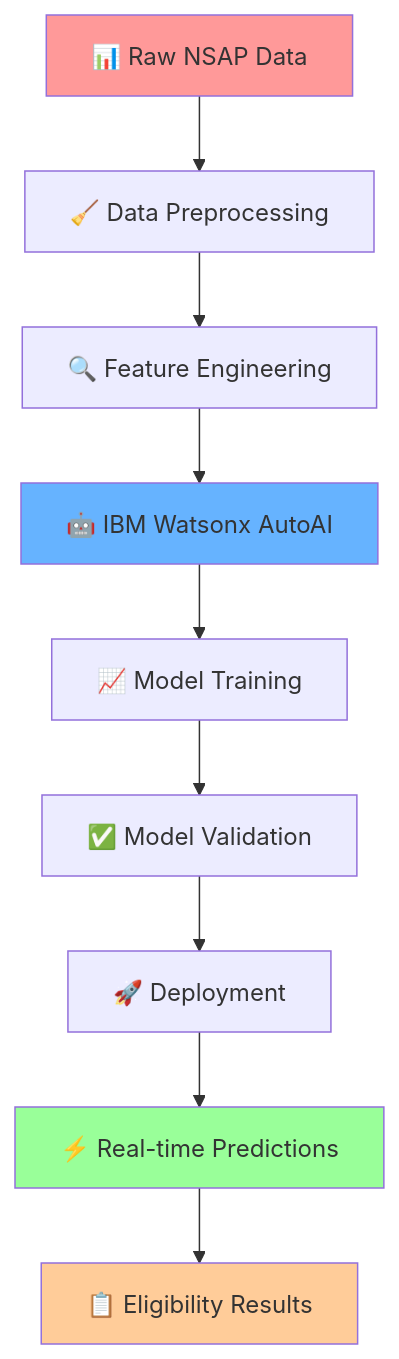
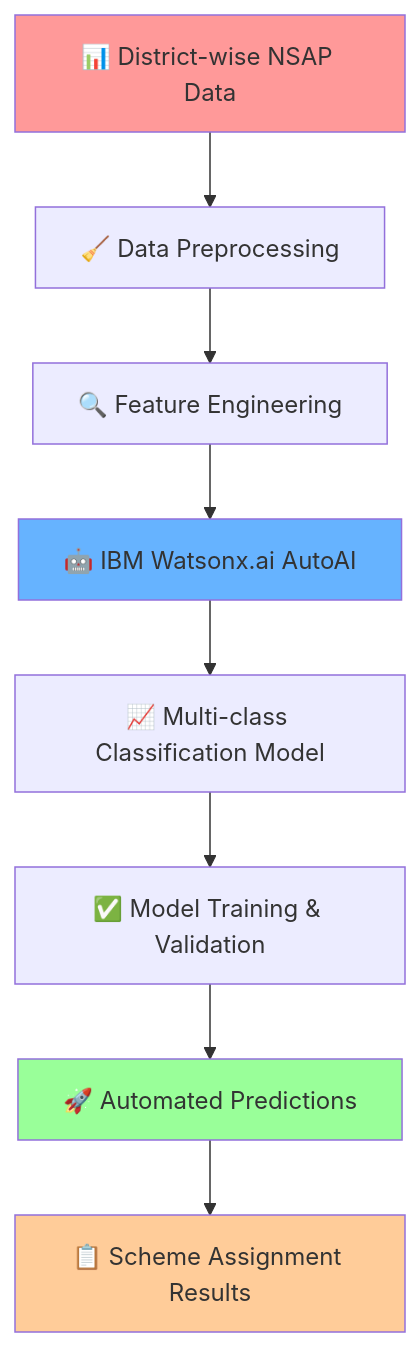
The diagram in README.md (Mahinxdev/IBM-Predicting-Eligibility-for-NSAP-Schemes-using-ML), drawn with Mermaid before and after one commit. The commit also changed other lines of this file, not shown here.

````diff
--- a/README.md
+++ b/README.md
@@ -88,16 +83,15 @@
 ```mermaid
 graph TD
-    A[📊 Raw NSAP Data] --> B[🧹 Data Preprocessing]
+    A[📊 District-wise NSAP Data] --> B[🧹 Data Preprocessing]
     B --> C[🔍 Feature Engineering]
-    C --> D[🤖 IBM Watsonx AutoAI]
-    D --> E[📈 Model Training]
-    E --> F[✅ Model Validation]
-    F --> G[🚀 Deployment]
-    G --> H[⚡ Real-time Predictions]
-    H --> I[📋 Eligibility Results]
+    C --> D[🤖 IBM Watsonx.ai AutoAI]
+    D --> E[📈 Multi-class Classification Model]
+    E --> F[✅ Model Training & Validation]
+    F --> G[🚀 Automated Predictions]
+    G --> H[📋 Scheme Assignment Results]
     
     style A fill:#ff9999
     style D fill:#66b3ff
-    style H fill:#99ff99
-    style I fill:#ffcc99
+    style G fill:#99ff99
+    style H fill:#ffcc99
 ```
````
